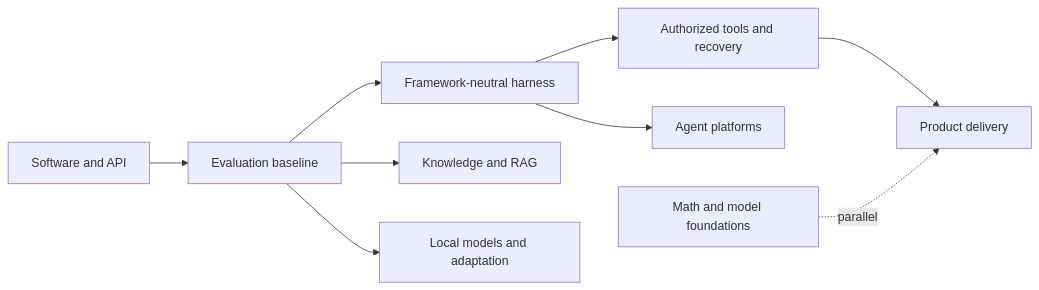
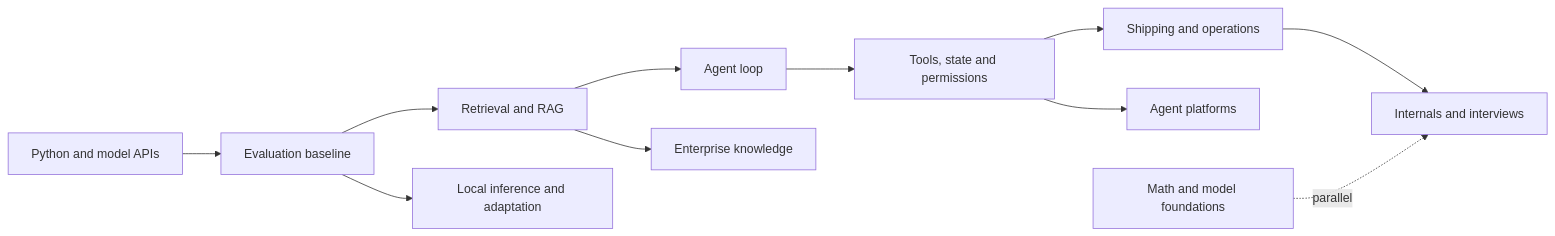
One commit to Yanyi-He/ai-engineer-roadmap changed the diagram in docs/en/dependency-order.md. Above: the diagram before and after it, drawn with Mermaid. The commit also changed other lines of this file and 113 other files, not shown here.

````diff
--- a/docs/en/dependency-order.md
+++ b/docs/en/dependency-order.md
@@ -5,11 +5,13 @@
 ```mermaid
 flowchart LR
-  A[Software and API] --> B[Evaluation baseline]
-  B --> C[Framework-neutral harness]
-  C --> D[Authorized tools and recovery]
-  D --> E[Product delivery]
-  B --> F[Knowledge and RAG]
-  C --> G[Agent platforms]
-  B --> H[Local models and adaptation]
-  I[Math and model foundations] -. parallel .-> E
+  A[Python and model APIs] --> B[Evaluation baseline]
+  B --> R[Retrieval and RAG]
+  R --> C[Agent loop]
+  C --> D[Tools, state and permissions]
+  D --> E[Shipping and operations]
+  E --> P[Internals and interviews]
+  R --> F[Enterprise knowledge]
+  D --> G[Agent platforms]
+  B --> H[Local inference and adaptation]
+  I[Math and model foundations] -. parallel .-> P
 ```
````
